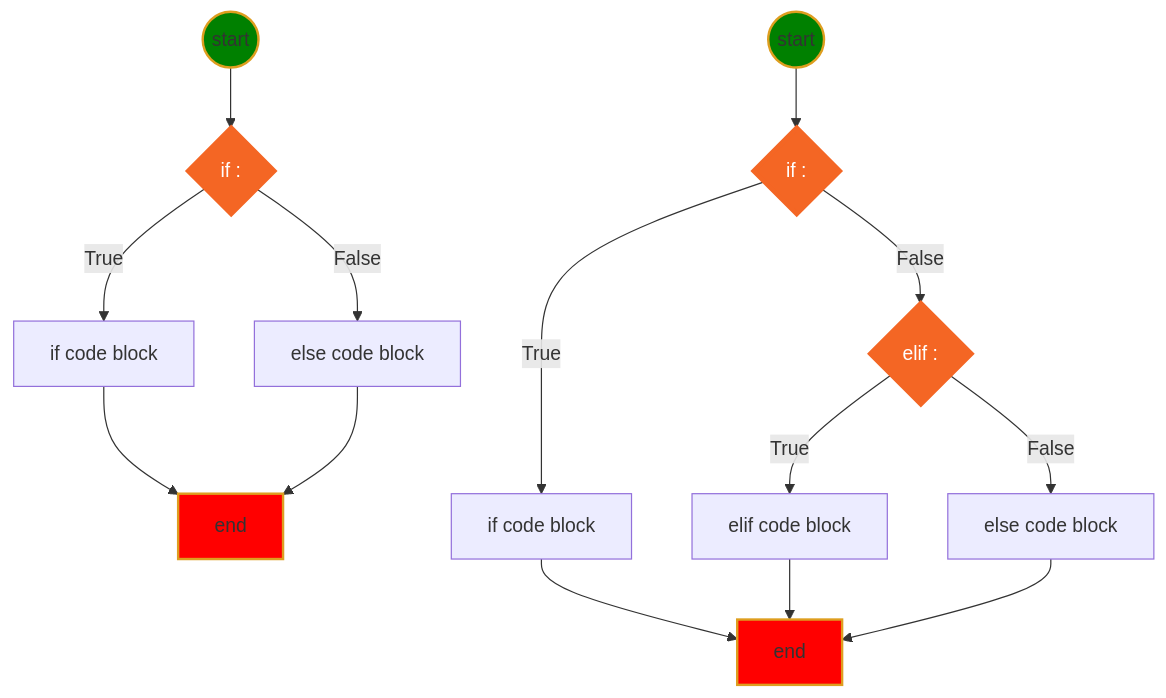
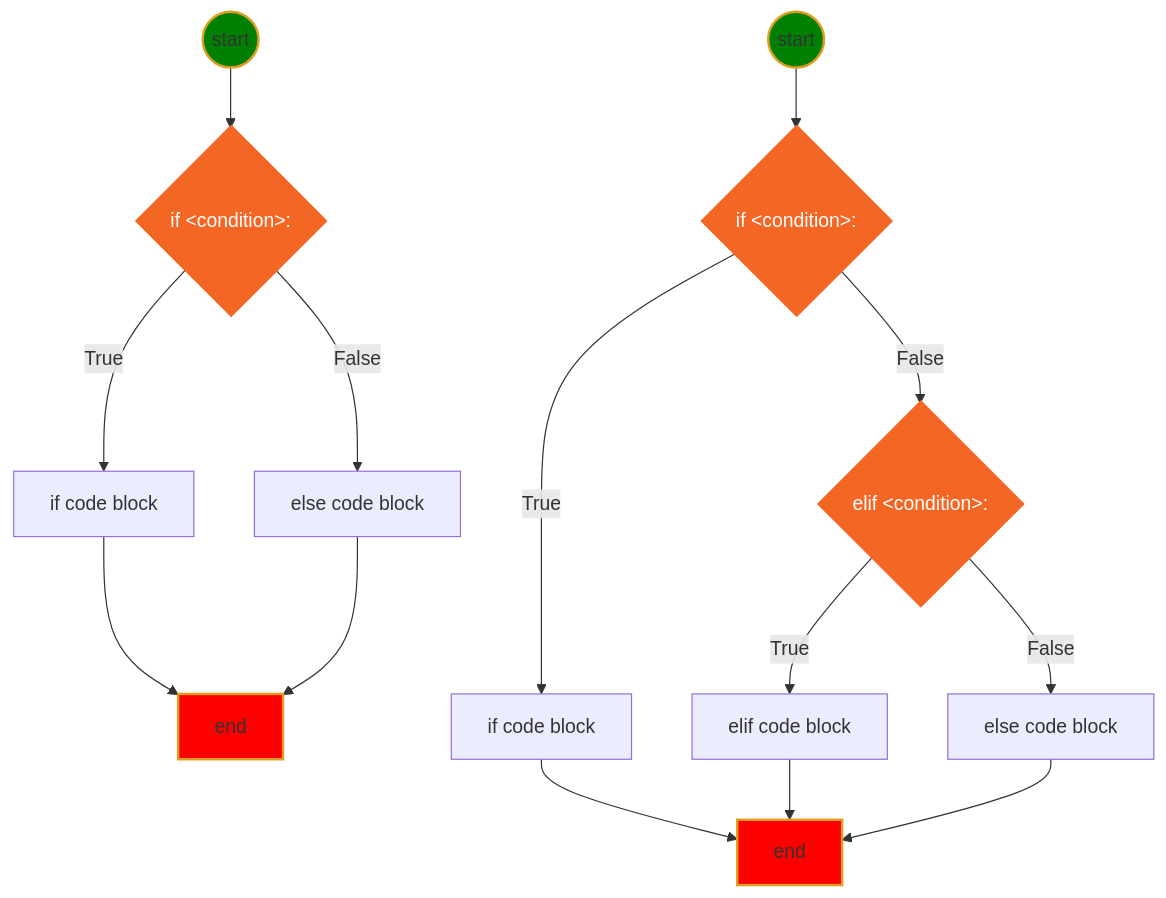
The second of 24 diagrams in doc/python.md (jwang1122/python), drawn with Mermaid before and after one commit. The commit also changed other lines of this file and 21 other files, not shown here.

````diff
--- a/doc/python.md
+++ b/doc/python.md
@@ -278,35 +405,35 @@
 ```mermaid
 graph TB
 A((start))
-B{if <condition>:}
+B{"if &lt;condition&gt;:"}
 C[if code block]
 D[else code block]
 E[end]
 
 
 A-->B
 B--True-->C-->E
 B--False-->D-->E
 
 A1((start))
-B1{if <condition>:}
-B2{elif <condition>:}
+B1{"if &lt;condition&gt;:"}
+B2{"elif &lt;condition&gt;:"}
 C1[if code block]
 D1[elif code block]
 E1[end]
 F1[else code block]
 
 A1-->B1
 B1--True-->C1-->E1
 B1--False-->B2--True-->D1-->E1
 B2--False-->F1-->E1
 
 
 classDef html fill:#F46624,stroke:#F46624,stroke-width:4px,color:white;
 classDef js fill:yellow,stroke:#DE9E1F,stroke-width:2px;
 classDef start fill:green,stroke:#DE9E1F,stroke-width:2px;
 classDef end1 fill:red,stroke:#DE9E1F,stroke-width:2px;
 class A,A1 start
 class B,B1,B2 html
 class E,E1 end1
 ```
````
